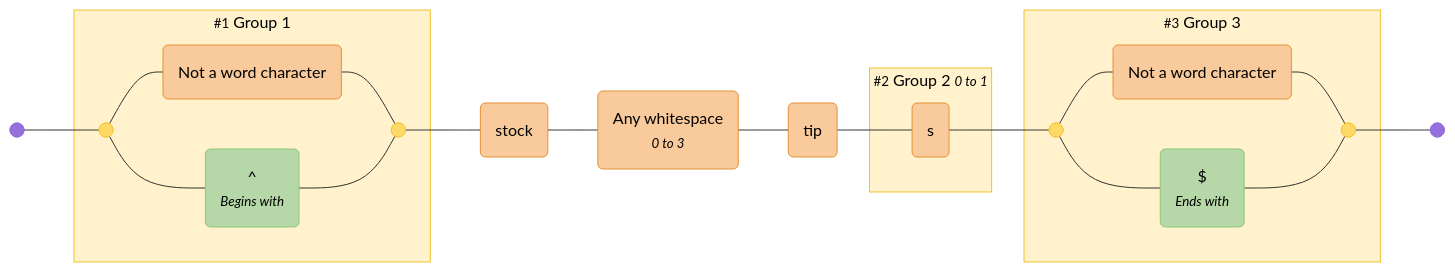
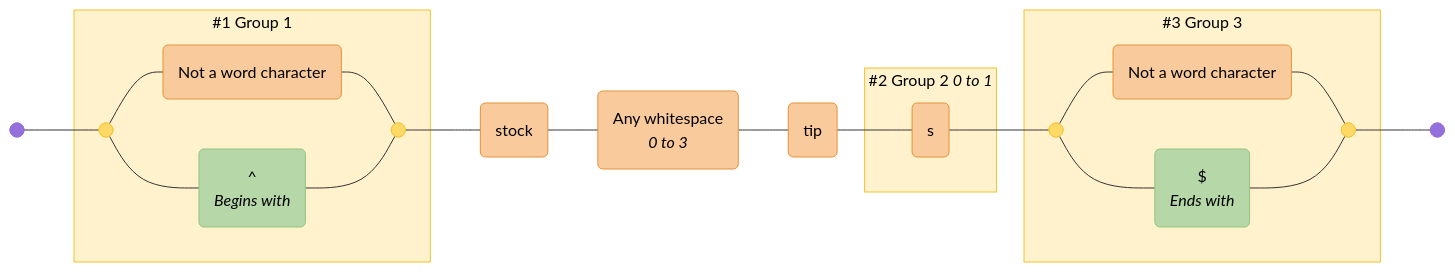
Before and after one commit to tayles/regex-to-mermaid: the diagram in diagrams/stocks.mermaid, drawn with Mermaid. The commit also changed 37 other files, not shown here.

```diff
--- a/diagrams/stocks.mermaid
+++ b/diagrams/stocks.mermaid
@@ -1,67 +1,67 @@
 graph LR
   accTitle: "Regex: /(\\W|^)stock\\s{0,3}tip(s){0,1}(\\W|$)/gim"
   accDescr: "Generated with regex-to-mermaid@1.0.3"
 
   %% Nodes
   start@{ shape: f-circ };
   fin@{ shape: f-circ };
   disjunction_begin_1:::disjunction@{ shape: f-circ };
   disjunction_end_1:::disjunction@{ shape: f-circ };
   literal_1("Not a word character"):::literal;
-  assertion_1("^<br><i><small>Begins with</small></i>"):::assertion;
+  assertion_1("^<br><i>Begins with</i>"):::assertion;
   literal_2("stock"):::literal;
-  literal_3("Any whitespace<br><i><small>0 to 3</small></i>"):::literal;
+  literal_3("Any whitespace<br><i>0 to 3</i>"):::literal;
   literal_4("tip"):::literal;
   literal_5("s"):::literal;
   disjunction_begin_2:::disjunction@{ shape: f-circ };
   disjunction_end_2:::disjunction@{ shape: f-circ };
   literal_6("Not a word character"):::literal;
-  assertion_2("$<br><i><small>Ends with</small></i>"):::assertion;
+  assertion_2("$<br><i>Ends with</i>"):::assertion;
 
   %% Subgraphs
-  subgraph standard_1 ["<small>#1</small> Group 1"]
+  subgraph standard_1 ["#1 Group 1"]
     disjunction_begin_1
     disjunction_end_1
     literal_1
     assertion_1
   end
 
-  subgraph standard_2 ["<small>#2</small> Group 2 <small><i>0 to 1</i></small>"]
+  subgraph standard_2 ["#2 Group 2 <i>0 to 1</i>"]
     literal_5
   end
 
-  subgraph standard_3 ["<small>#3</small> Group 3"]
+  subgraph standard_3 ["#3 Group 3"]
     disjunction_begin_2
     disjunction_end_2
     literal_6
     assertion_2
   end
 
   %% Edges
   start --- disjunction_begin_1;
   disjunction_begin_1 --- literal_1;
   literal_1 --- disjunction_end_1;
   disjunction_begin_1 --- assertion_1;
   assertion_1 --- disjunction_end_1;
   disjunction_end_1 --- literal_2;
   literal_2 --- literal_3;
   literal_3 --- literal_4;
   literal_4 --- literal_5;
   literal_5 --- disjunction_begin_2;
   disjunction_begin_2 --- literal_6;
   literal_6 --- disjunction_end_2;
   disjunction_begin_2 --- assertion_2;
   assertion_2 --- disjunction_end_2;
   disjunction_end_2 --- fin;
 
   %% Styles
   %% Node Styling
   classDef disjunction fill:#FFD966,stroke:#F1C232,color:#000000;
   classDef literal fill:#F9CB9C,stroke:#E69138,color:#000000;
   classDef assertion fill:#B6D7A8,stroke:#93C47D,color:#000000;
 
   %% Group Styling
   classDef standard fill:#FFF2CC,stroke:#F1C232,color:#000000;
 
   %% Apply Group Classes
   class standard_1,standard_2,standard_3 standard;
```
